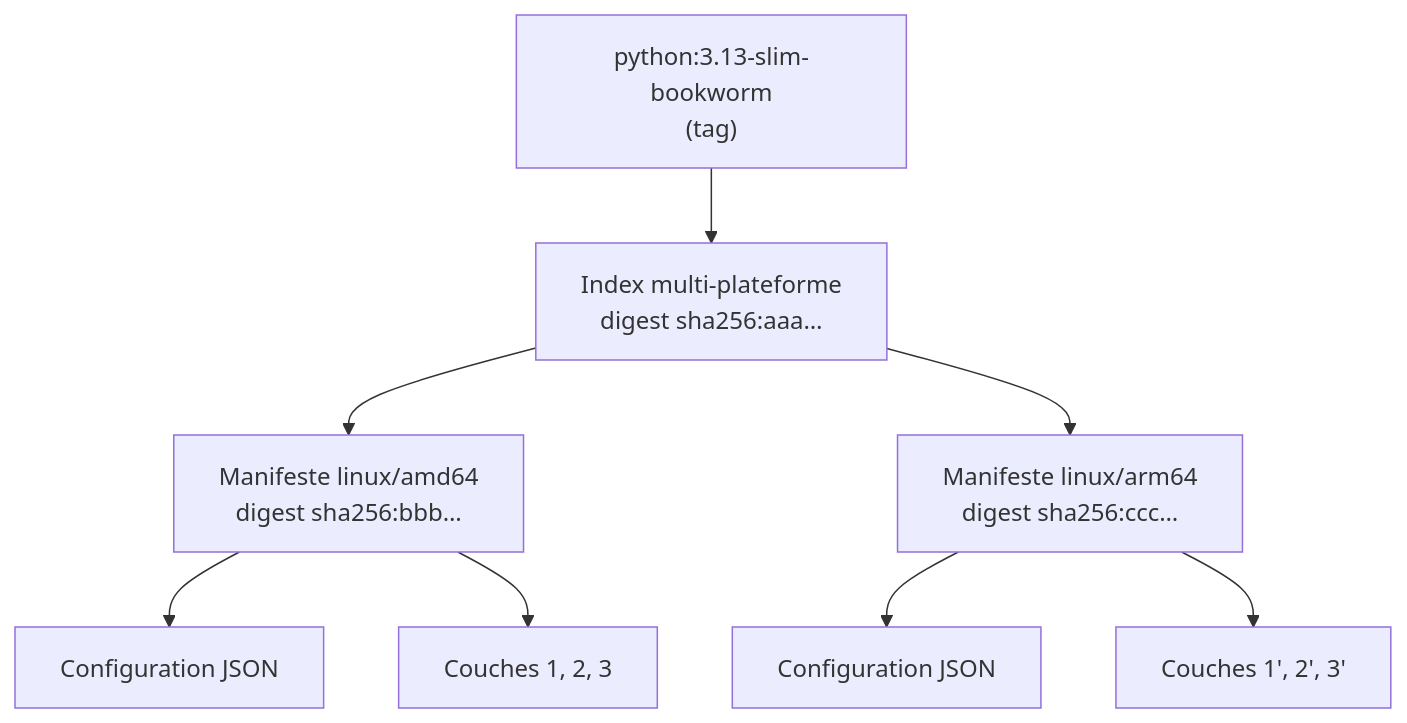
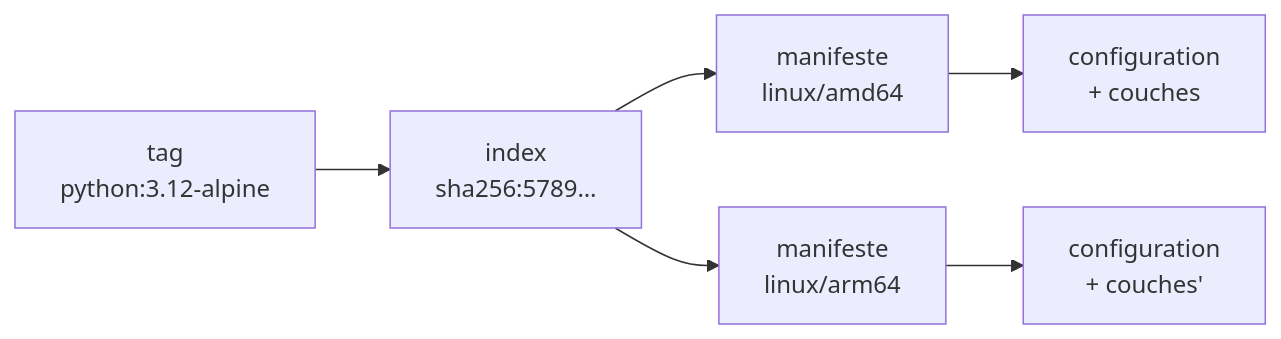
Before and after one commit to astronas/Ynov---Containerization-Orchestration: the diagram in docs/Couches-d-une-image.md, drawn with Mermaid. The commit also changed other lines of this file and 160 other files, not shown here.

First line of the commit message:
Refonte visuelle : charte des rendus de TP, illustrations et captures réelles

````diff
--- a/docs/Couches-d-une-image.md
+++ b/docs/Couches-d-une-image.md
@@ -286,10 +89,8 @@
 ```mermaid
-flowchart TB
-    T["python:3.13-slim-bookworm<br/>(tag)"] --> X["Index multi-plateforme<br/>digest sha256:aaa…"]
-    X --> A["Manifeste linux/amd64<br/>digest sha256:bbb…"]
-    X --> B["Manifeste linux/arm64<br/>digest sha256:ccc…"]
-    A --> CA["Configuration JSON"]
-    A --> LA["Couches 1, 2, 3"]
-    B --> CB["Configuration JSON"]
-    B --> LB["Couches 1', 2', 3'"]
+flowchart LR
+    T["tag<br/>python:3.12-alpine"] --> X["index<br/>sha256:5789…"]
+    X --> A["manifeste<br/>linux/amd64"]
+    X --> B["manifeste<br/>linux/arm64"]
+    A --> CA["configuration<br/>+ couches"]
+    B --> CB["configuration<br/>+ couches'"]
 ```
````
